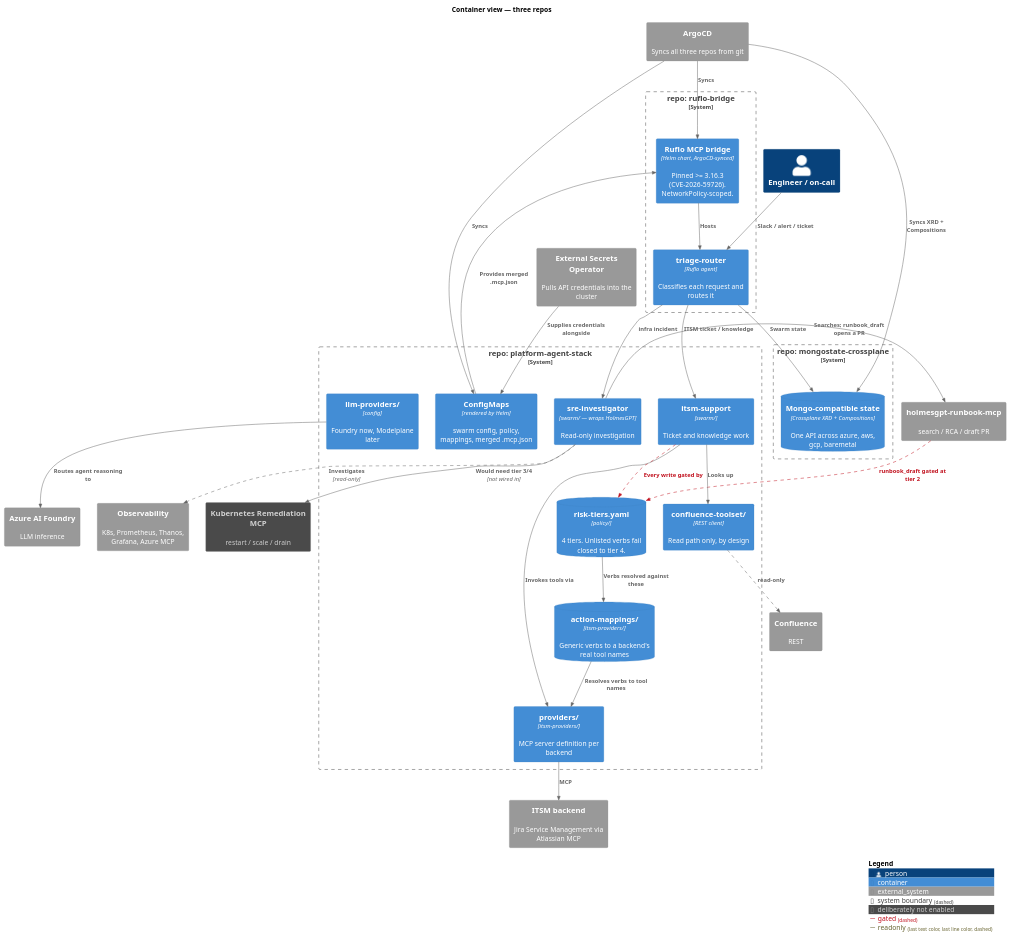
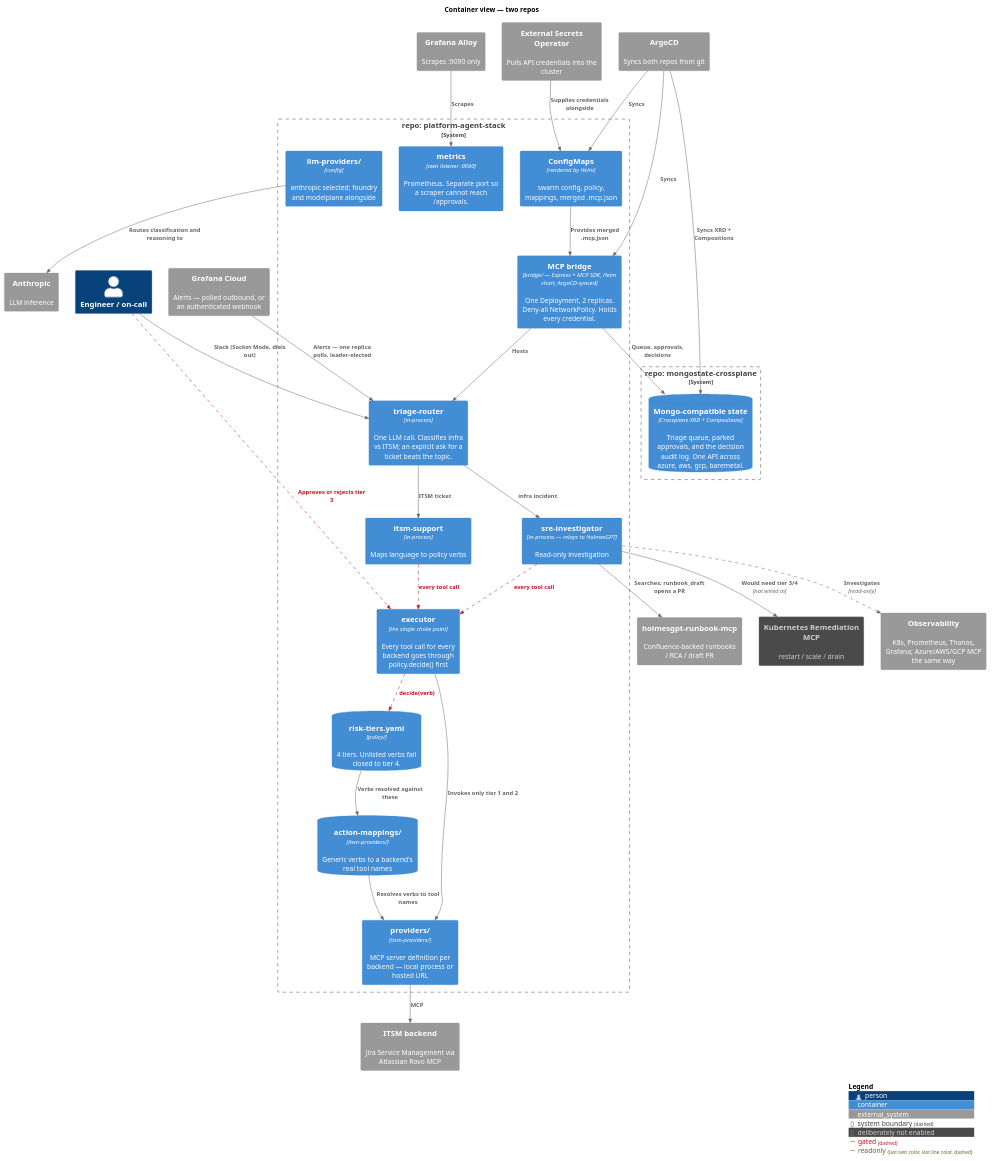
Before and after one commit to polarpoint-io/platform-agent-stack: the diagram in docs/diagrams/c4-container.puml, drawn with PlantUML. The commit also changed 3 other files, not shown here.

```diff
--- a/docs/diagrams/c4-container.puml
+++ b/docs/diagrams/c4-container.puml
@@ -1,71 +1,72 @@
 @startuml c4-container
 ' C4 level 2 — containers, drawn along the repo boundaries.
 ' Each System_Boundary is a git repo; the parts inside platform-agent-stack
 ' are directories within it.
 !include <C4/C4_Container>
 
-title Container view — three repos
+title Container view — two repos
 
 AddElementTag("notEnabled", $bgColor="#4a4a4a", $fontColor="#cfcfcf", $borderColor="#8a8a8a", $legendText="deliberately not enabled")
 AddRelTag("gated", $textColor="#c1121f", $lineColor="#c1121f", $lineStyle=DashedLine())
 AddRelTag("readonly", $lineStyle=DashedLine())
 
 Person(engineer, "Engineer / on-call")
 
-System_Boundary(bridge, "repo: ruflo-bridge") {
-    Container(runtime, "Ruflo MCP bridge", "Helm chart, ArgoCD-synced", "Pinned >= 3.16.3 (CVE-2026-59726). NetworkPolicy-scoped.")
-    Container(triage, "triage-router", "Ruflo agent", "Classifies each request and routes it")
-}
-
 System_Boundary(pas, "repo: platform-agent-stack") {
-    Container(sre, "sre-investigator", "swarm/ — wraps HolmesGPT", "Read-only investigation")
-    Container(itsmagent, "itsm-support", "swarm/", "Ticket and knowledge work")
+    Container(runtime, "MCP bridge", "bridge/ — Express + MCP SDK, Helm chart, ArgoCD-synced", "One Deployment, 2 replicas. Deny-all NetworkPolicy. Holds every credential.")
+    Container(triage, "triage-router", "in-process", "One LLM call. Classifies infra vs ITSM; an explicit ask for a ticket beats the topic.")
+    Container(sre, "sre-investigator", "in-process — relays to HolmesGPT", "Read-only investigation")
+    Container(itsmagent, "itsm-support", "in-process", "Maps language to policy verbs")
+    Container(executor, "executor", "the single choke point", "Every tool call for every backend goes through policy.decide() first")
     ContainerDb(policy, "risk-tiers.yaml", "policy/", "4 tiers. Unlisted verbs fail closed to tier 4.")
     ContainerDb(mappings, "action-mappings/", "itsm-providers/", "Generic verbs to a backend's real tool names")
-    Container(provider, "providers/", "itsm-providers/", "MCP server definition per backend")
+    Container(provider, "providers/", "itsm-providers/", "MCP server definition per backend — local process or hosted URL")
     Container(cm, "ConfigMaps", "rendered by Helm", "swarm config, policy, mappings, merged .mcp.json")
-    Container(confl, "confluence-toolset/", "REST client", "Read path only, by design")
-    Container(llmcfg, "llm-providers/", "config", "Foundry now, Modelplane later")
+    Container(llmcfg, "llm-providers/", "config", "anthropic selected; foundry and modelplane alongside")
+    Container(metrics, "metrics", "own listener :9090", "Prometheus. Separate port so a scraper cannot reach /approvals.")
 }
 
 System_Boundary(state, "repo: mongostate-crossplane") {
-    ContainerDb(mongo, "Mongo-compatible state", "Crossplane XRD + Compositions", "One API across azure, aws, gcp, baremetal")
+    ContainerDb(mongo, "Mongo-compatible state", "Crossplane XRD + Compositions", "Triage queue, parked approvals, and the decision audit log. One API across azure, aws, gcp, baremetal.")
 }
 
-System_Ext(obs, "Observability", "K8s, Prometheus, Thanos, Grafana, Azure MCP")
-System_Ext(itsmext, "ITSM backend", "Jira Service Management via Atlassian MCP")
-System_Ext(conflext, "Confluence", "REST")
-System_Ext(runbooks, "holmesgpt-runbook-mcp", "search / RCA / draft PR")
-System_Ext(foundry, "Azure AI Foundry", "LLM inference")
-System_Ext(argocd, "ArgoCD", "Syncs all three repos from git")
+System_Ext(obs, "Observability", "K8s, Prometheus, Thanos, Grafana; Azure/AWS/GCP MCP the same way")
+System_Ext(itsmext, "ITSM backend", "Jira Service Management via Atlassian Rovo MCP")
+System_Ext(runbooks, "holmesgpt-runbook-mcp", "Confluence-backed runbooks / RCA / draft PR")
+System_Ext(anthropic, "Anthropic", "LLM inference")
+System_Ext(grafana, "Grafana Cloud", "Alerts — polled outbound, or an authenticated webhook")
+System_Ext(argocd, "ArgoCD", "Syncs both repos from git")
 System_Ext(eso, "External Secrets Operator", "Pulls API credentials into the cluster")
+System_Ext(alloy, "Grafana Alloy", "Scrapes :9090 only")
 System_Ext(remediation, "Kubernetes Remediation MCP", "restart / scale / drain", $tags="notEnabled")
 
-Rel(engineer, triage, "Slack / alert / ticket")
+Rel(engineer, triage, "Slack (Socket Mode, dials out)")
+Rel(grafana, triage, "Alerts — one replica polls, leader-elected")
 Rel(runtime, triage, "Hosts")
 Rel(triage, sre, "infra incident")
-Rel(triage, itsmagent, "ITSM ticket / knowledge")
-Rel(triage, mongo, "Swarm state")
+Rel(triage, itsmagent, "ITSM ticket")
+Rel(runtime, mongo, "Queue, approvals, decisions")
 
 Rel(sre, obs, "Investigates", "read-only", $tags="readonly")
 Rel(sre, runbooks, "Searches; runbook_draft opens a PR")
-Rel(runbooks, policy, "runbook_draft gated at tier 2", $tags="gated")
 Rel_D(sre, remediation, "Would need tier 3/4", "not wired in")
 
-Rel(itsmagent, provider, "Invokes tools via")
-Rel(itsmagent, confl, "Looks up")
+Rel(sre, executor, "every tool call", $tags="gated")
+Rel(itsmagent, executor, "every tool call", $tags="gated")
+Rel(executor, policy, "decide(verb)", $tags="gated")
+Rel(executor, provider, "Invokes only tier 1 and 2")
+Rel(engineer, executor, "Approves or rejects tier 3", $tags="gated")
 Rel(provider, itsmext, "MCP")
-Rel(confl, conflext, "read-only", $tags="readonly")
-Rel(itsmagent, policy, "Every write gated by", $tags="gated")
 Rel(policy, mappings, "Verbs resolved against these")
 Rel(mappings, provider, "Resolves verbs to tool names")
 
-Rel(llmcfg, foundry, "Routes agent reasoning to")
+Rel(llmcfg, anthropic, "Routes classification and reasoning to")
+Rel(alloy, metrics, "Scrapes")
 Rel(argocd, runtime, "Syncs")
 Rel(argocd, cm, "Syncs")
 Rel(argocd, mongo, "Syncs XRD + Compositions")
 Rel(eso, cm, "Supplies credentials alongside")
 Rel(cm, runtime, "Provides merged .mcp.json")
 
 SHOW_LEGEND()
 @enduml
```
